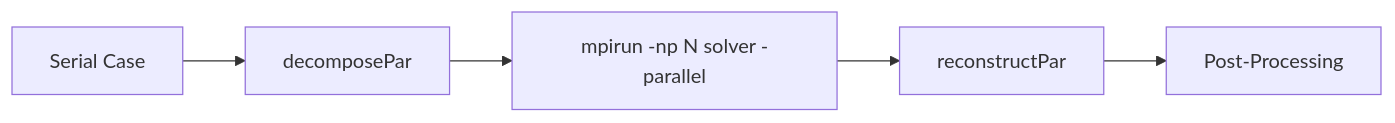
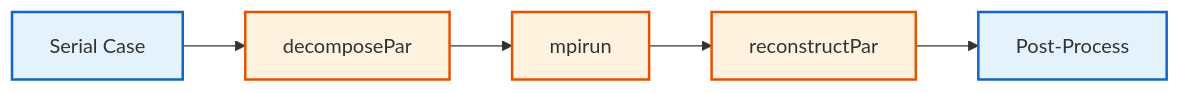
Before and after one commit to wramet/build-my-cfd: the fourth of 4 diagrams in MODULE_03_SINGLE_PHASE_FLOW/CONTENT/07_ADVANCED_TOPICS/01_High_Performance_Computing.md, drawn with Mermaid. The commit also changed other lines of this file and 313 other files, not shown here.

Commit message:
Revise all diagram

````diff
--- a/MODULE_03_SINGLE_PHASE_FLOW/CONTENT/07_ADVANCED_TOPICS/01_High_Performance_Computing.md
+++ b/MODULE_03_SINGLE_PHASE_FLOW/CONTENT/07_ADVANCED_TOPICS/01_High_Performance_Computing.md
@@ -613,7 +626,11 @@
 ```mermaid
 flowchart LR
-    A[Serial Case] --> B[decomposePar]
-    B --> C[mpirun -np N solver -parallel]
-    C --> D[reconstructPar]
-    D --> E[Post-Processing]
+%% Classes
+classDef explicit fill:#fff3e0,stroke:#e65100,stroke-width:2px;
+classDef implicit fill:#e3f2fd,stroke:#1565c0,stroke-width:2px;
+%% Nodes
+A[Serial Case]:::implicit --> B[decomposePar]:::explicit
+B --> C[mpirun]:::explicit
+C --> D[reconstructPar]:::explicit
+D --> E[Post-Process]:::implicit
 ```
````
